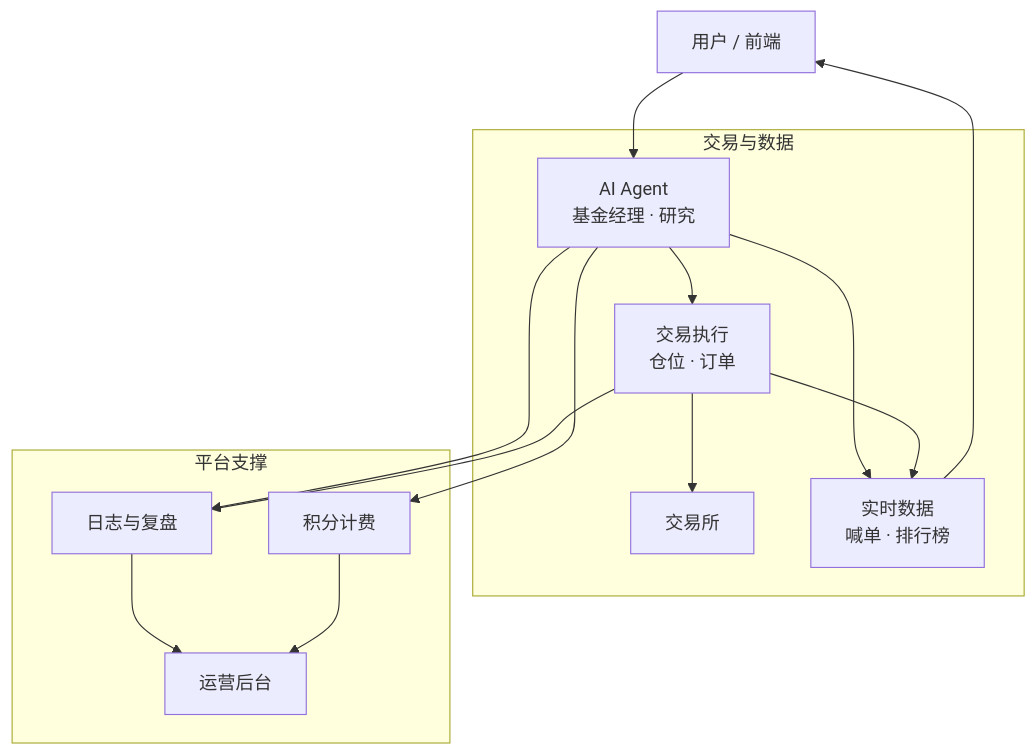
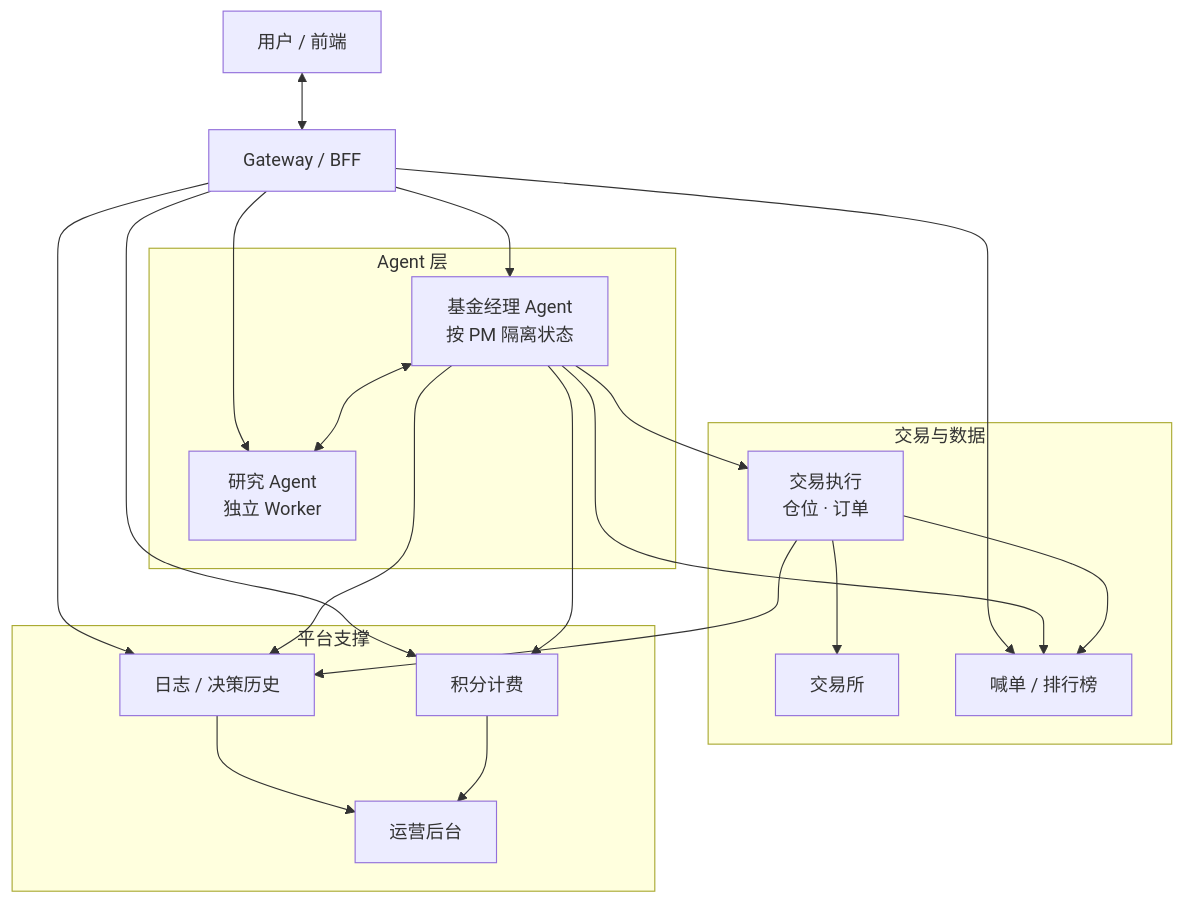
Before and after one commit to xingyongtao/xingyongtao: the diagram in README.md, drawn with Mermaid. The commit also changed other lines of this file and 1 other file, not shown here.

Commit message:
docs: 细化 Agent 架构与隔离说明

````diff
--- a/README.md
+++ b/README.md
@@ -17,29 +17,39 @@
 ```mermaid
 flowchart TB
   U["用户 / 前端"]
+  G["Gateway / BFF"]
+
+  subgraph agents["Agent 层"]
+    P["基金经理 Agent<br/>按 PM 隔离状态"]
+    R["研究 Agent<br/>独立 Worker"]
+  end
 
   subgraph trade["交易与数据"]
-    A["AI Agent<br/>基金经理 · 研究"]
     E["交易执行<br/>仓位 · 订单"]
     X["交易所"]
-    D["实时数据<br/>喊单 · 排行榜"]
+    D["喊单 / 排行榜"]
   end
 
   subgraph support["平台支撑"]
-    L["日志与复盘"]
+    L["日志 / 决策历史"]
     C["积分计费"]
     O["运营后台"]
   end
 
-  U --> A
-  A --> E
+  U <--> G
+  G --> P
+  G --> R
+  G --> D
+  G --> L
+  G --> C
+  P <--> R
+  P --> E
   E --> X
-  A --> D
+  P --> D
   E --> D
-  D --> U
-  A --> L
+  P --> L
   E --> L
-  A --> C
+  P --> C
   L --> O
   C --> O
 ```
````
